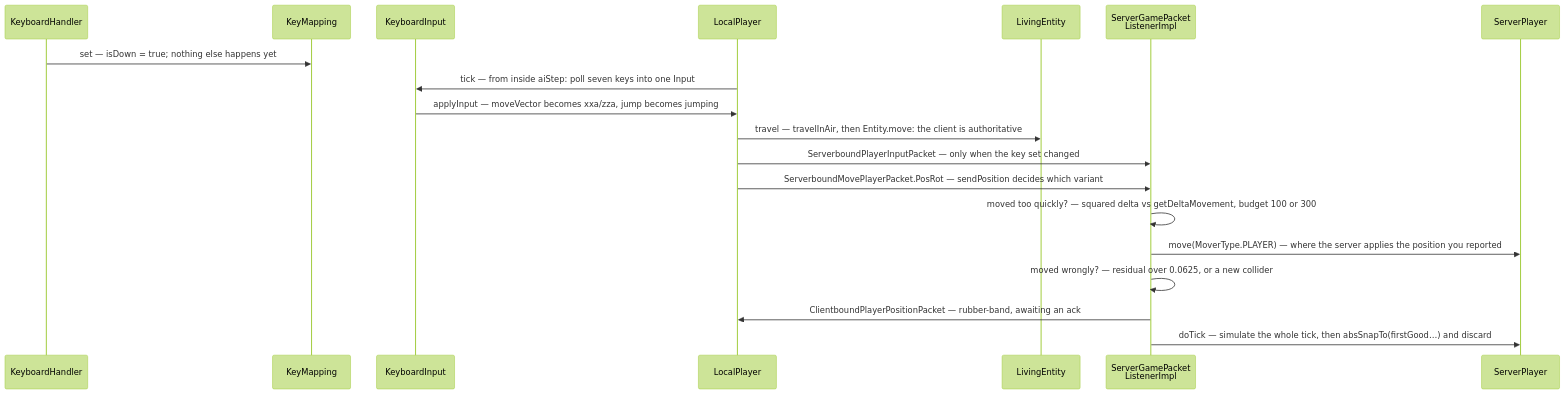
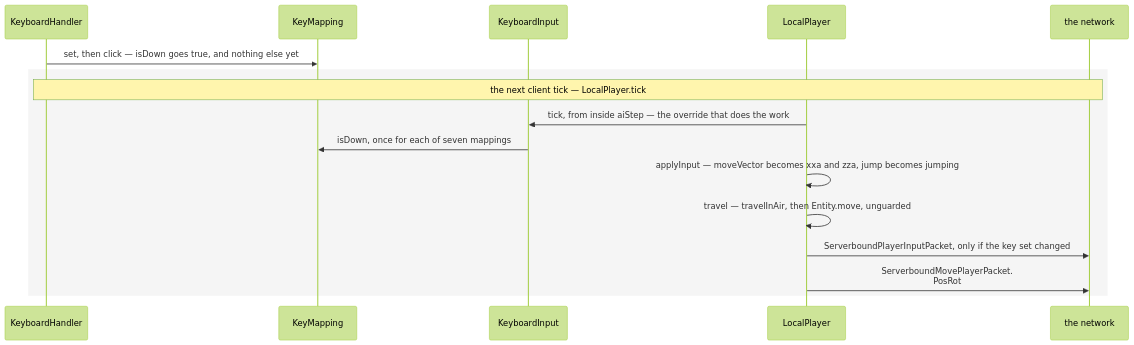
Before and after one commit to AlexanderjFraser/MinecraftDocs: the first of 2 diagrams in src/systems/player/input-to-movement.md, drawn with Mermaid (forest theme). The commit also changed other lines of this file and 12 other files, not shown here.

````diff
--- a/src/systems/player/input-to-movement.md
+++ b/src/systems/player/input-to-movement.md
@@ -163,22 +166,19 @@
 ```mermaid
 sequenceDiagram
     participant KH as KeyboardHandler
     participant KM as KeyMapping
     participant KI as KeyboardInput
     participant LP as LocalPlayer
-    participant LE as LivingEntity
-    participant SGPL as ServerGamePacket<br/>ListenerImpl
-    participant SP as ServerPlayer
+    participant Wire as the network
 
-    KH->>KM: set — isDown = true#59; nothing else happens yet
-    LP->>KI: tick — from inside aiStep: poll seven keys into one Input
-    KI->>LP: applyInput — moveVector becomes xxa/zza, jump becomes jumping
-    LP->>LE: travel — travelInAir, then Entity.move: the client is authoritative
-    LP->>SGPL: ServerboundPlayerInputPacket — only when the key set changed
-    LP->>SGPL: ServerboundMovePlayerPacket.PosRot — sendPosition decides which variant
-    SGPL->>SGPL: moved too quickly? — squared delta vs getDeltaMovement, budget 100 or 300
-    SGPL->>SP: move(MoverType.PLAYER) — where the server applies the position you reported
-    SGPL->>SGPL: moved wrongly? — residual over 0.0625, or a new collider
-    SGPL->>LP: ClientboundPlayerPositionPacket — rubber-band, awaiting an ack
-    SGPL->>SP: doTick — simulate the whole tick, then absSnapTo(firstGood…) and discard
+    KH->>KM: set, then click — isDown goes true, and nothing else yet
+    rect rgba(0, 0, 0, 0.04)
+        Note over KH,Wire: the next client tick — LocalPlayer.tick
+        LP->>KI: tick, from inside aiStep — the override that does the work
+        KI->>KM: isDown, once for each of seven mappings
+        LP->>LP: applyInput — moveVector becomes xxa and zza, jump becomes jumping
+        LP->>LP: travel — travelInAir, then Entity.move, unguarded
+        LP->>Wire: ServerboundPlayerInputPacket, only if the key set changed
+        LP->>Wire: ServerboundMovePlayerPacket.<br/>PosRot
+    end
 ```
````
